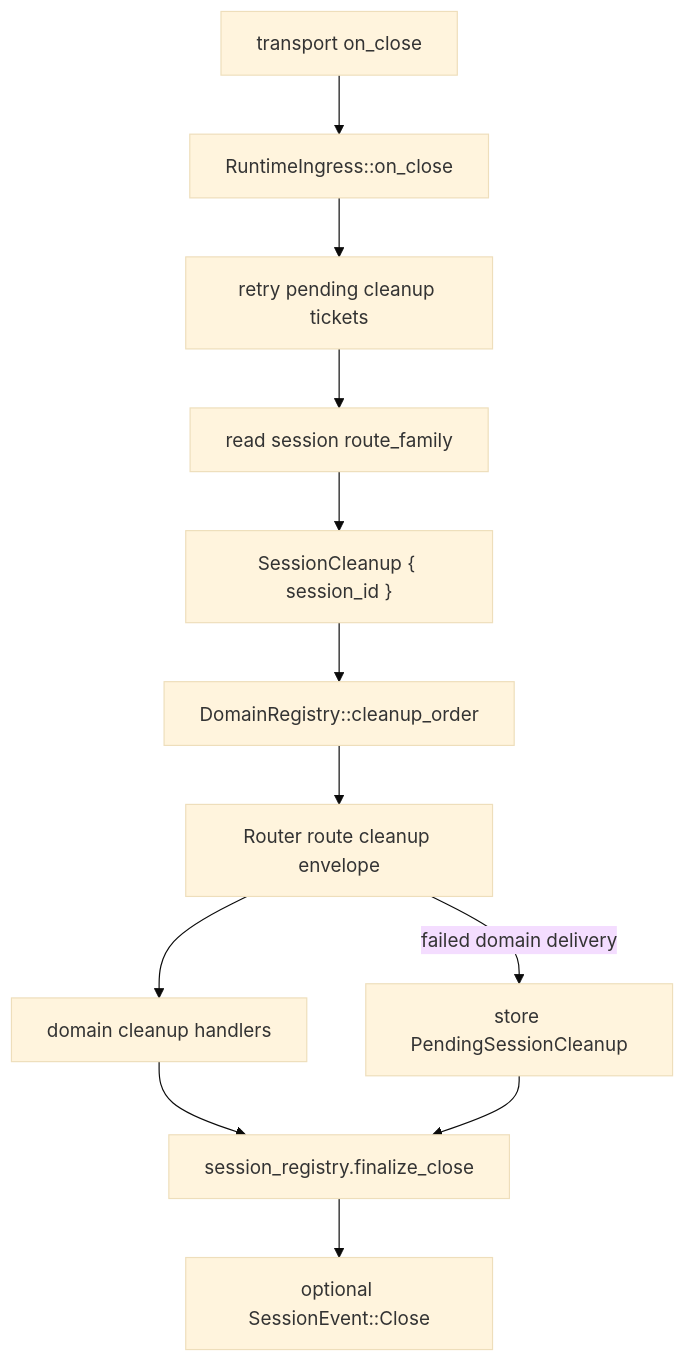
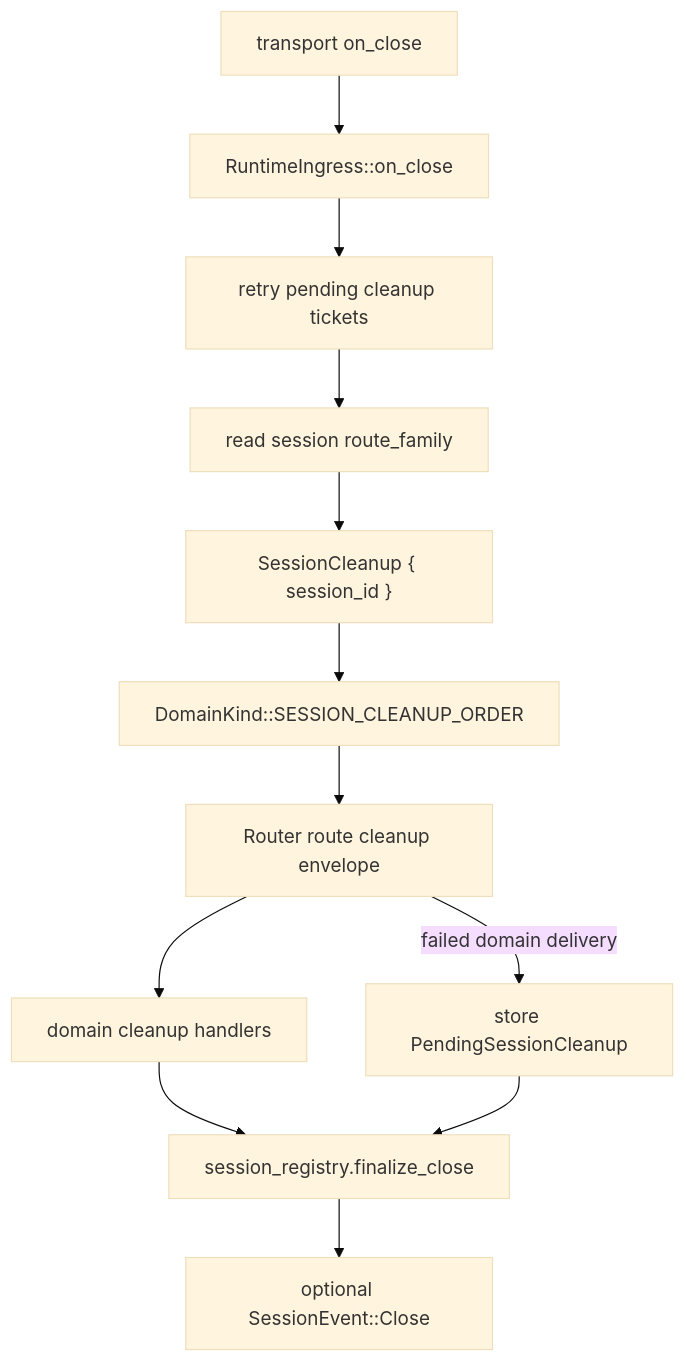
One commit to cntryl/fitz changed the third of 4 diagrams in docs/development/code-architecture-runtime-flows.md. Above: the diagram before and after it, drawn with Mermaid (base theme). The commit also changed other lines of this file and 340 other files, not shown here.

````diff
--- a/docs/development/code-architecture-runtime-flows.md
+++ b/docs/development/code-architecture-runtime-flows.md
@@ -77,19 +77,19 @@
 ```mermaid
 flowchart TB
     CLOSE["transport on_close"]
     INGRESS["RuntimeIngress::on_close"]
     RETRY["retry pending cleanup tickets"]
     FAMILY["read session route_family"]
     CLEANUP["SessionCleanup { session_id }"]
-    ORDER["DomainRegistry::cleanup_order"]
+    ORDER["DomainKind::SESSION_CLEANUP_ORDER"]
     ROUTER["Router route cleanup envelope"]
     DOMAINS["domain cleanup handlers"]
     FAILURE["store PendingSessionCleanup"]
     FINALIZE["session_registry.finalize_close"]
     EVENT["optional SessionEvent::Close"]
 
     CLOSE --> INGRESS --> RETRY --> FAMILY --> CLEANUP --> ORDER --> ROUTER --> DOMAINS
     ROUTER -- failed domain delivery --> FAILURE
     DOMAINS --> FINALIZE --> EVENT
     FAILURE --> FINALIZE
 ```
````
